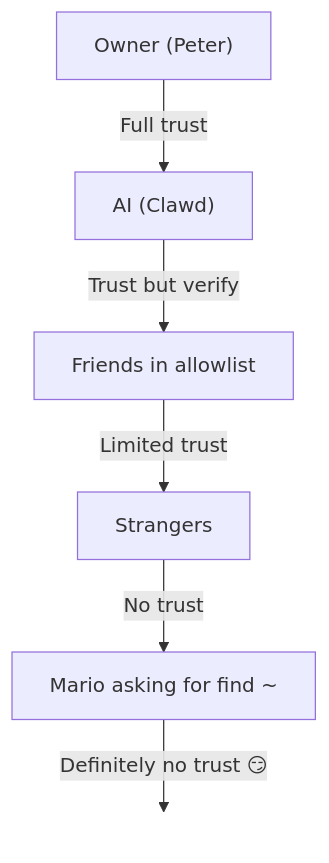
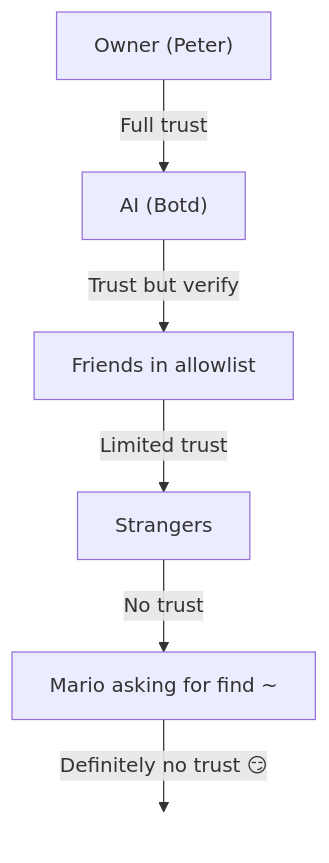
The diagram in docs/gateway/security/index.md (hanzoai/bot), drawn with Mermaid before and after one commit. The commit also changed other lines of this file and 890 other files, not shown here.

````diff
--- a/docs/gateway/security/index.md
+++ b/docs/gateway/security/index.md
@@ -824,12 +824,12 @@
 ```mermaid
 flowchart TB
-    A["Owner (Peter)"] -- Full trust --> B["AI (Clawd)"]
+    A["Owner (Peter)"] -- Full trust --> B["AI (Botd)"]
     B -- Trust but verify --> C["Friends in allowlist"]
     C -- Limited trust --> D["Strangers"]
     D -- No trust --> E["Mario asking for find ~"]
     E -- Definitely no trust 😏 --> F[" "]
 
      %% The transparent box is needed to show the bottom-most label correctly
      F:::Class_transparent_box
     classDef Class_transparent_box fill:transparent, stroke:transparent
 ```
````
